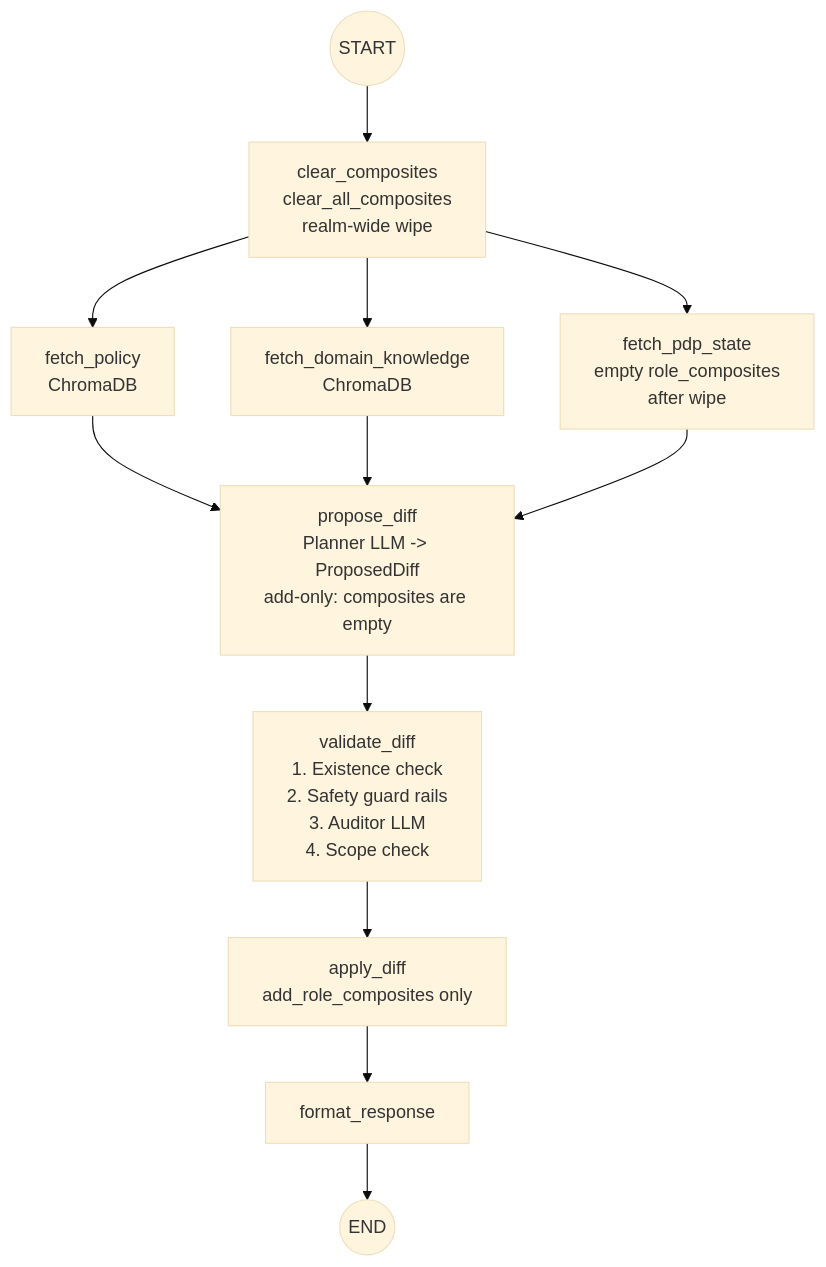
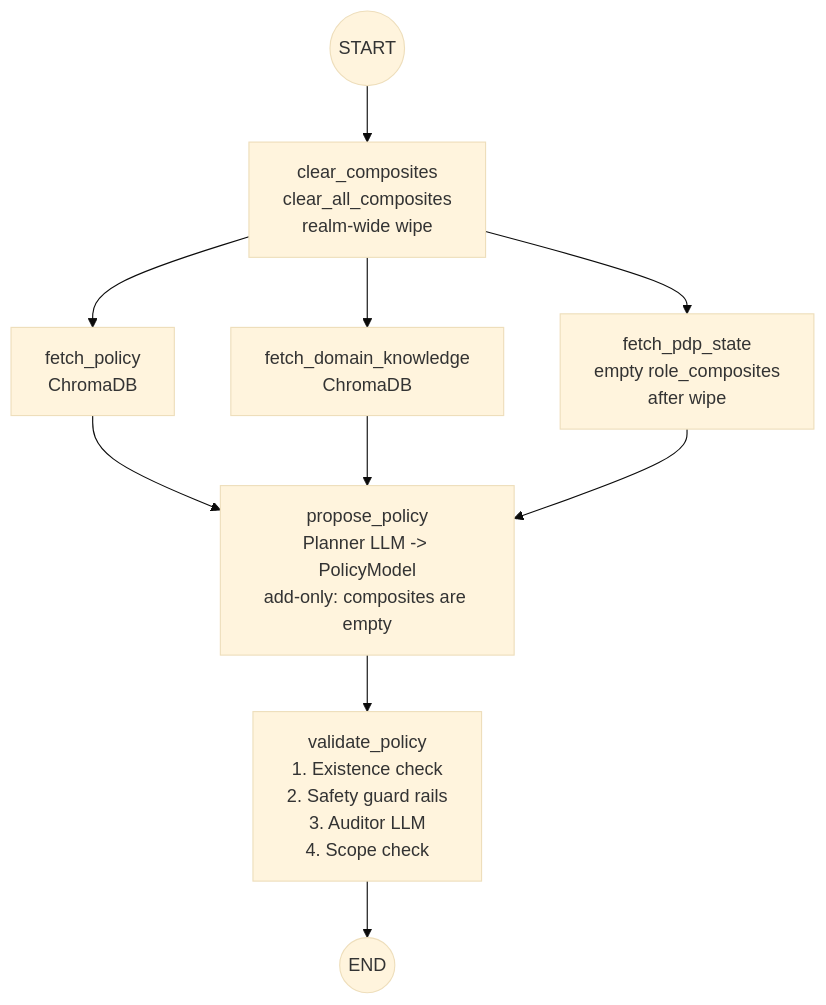
One commit to rossoctl/aiac changed the third of 3 diagrams in inception/requirements/components/aiac-agent/uc2-policy-update.md. Above: the diagram before and after it, drawn with Mermaid (base theme). The commit also changed other lines of this file and 3 other files, not shown here.

First line of the commit message:
docs: Refactor PolicyApplyGraph and PolicyModel as shared across all UC orchestrators

````diff
--- a/inception/requirements/components/aiac-agent/uc2-policy-update.md
+++ b/inception/requirements/components/aiac-agent/uc2-policy-update.md
@@ -123,16 +125,14 @@
 ```mermaid
 flowchart TD
     START(("START")) --> CLEAR["clear_composites\nclear_all_composites\nrealm-wide wipe"]
 
     CLEAR --> FP["fetch_policy\nChromaDB"]
     CLEAR --> FDK["fetch_domain_knowledge\nChromaDB"]
     CLEAR --> FKC["fetch_pdp_state\nempty role_composites\nafter wipe"]
 
-    FP & FDK & FKC --> PROPOSE["propose_diff\nPlanner LLM -> ProposedDiff\nadd-only: composites are empty"]
+    FP & FDK & FKC --> PROPOSE["propose_policy\nPlanner LLM -> PolicyModel\nadd-only: composites are empty"]
 
-    PROPOSE --> VALIDATE["validate_diff\n1. Existence check\n2. Safety guard rails\n3. Auditor LLM\n4. Scope check"]
+    PROPOSE --> VALIDATE["validate_policy\n1. Existence check\n2. Safety guard rails\n3. Auditor LLM\n4. Scope check"]
 
-    VALIDATE --> APPLY["apply_diff\nadd_role_composites only"]
-    APPLY --> FORMAT["format_response"]
-    FORMAT --> END(("END"))
+    VALIDATE --> END(("END"))
 ```
````
